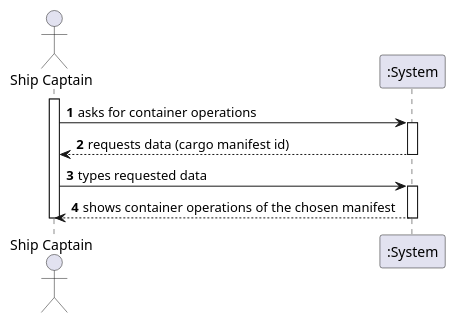
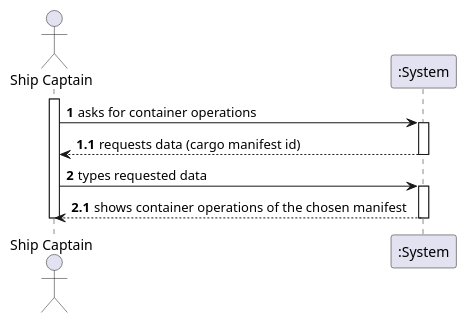
Before and after one commit to 1190772/LAB-Project-3: the diagram in docs/Sprint 3/US/US304/US304_SSD.puml, drawn with PlantUML. The commit also changed 12 other files, not shown here.

```diff
--- a/docs/Sprint 3/US/US304/US304_SSD.puml
+++ b/docs/Sprint 3/US/US304/US304_SSD.puml
@@ -1,23 +1,29 @@
 @startuml
 'https://plantuml.com/sequence-diagram
 
 autonumber
 
 actor "Ship Captain" as SP
 
 activate SP
 SP -> ":System" : asks for container operations
 
+autonumber 1.1
+
 activate ":System"
 ":System" --> "SP" : requests data (cargo manifest id)
 deactivate ":System"
 
+autonumber 2
+
 SP -> ":System" : types requested data
+
+autonumber 2.1
 
 activate ":System"
 ":System" --> SP : shows container operations of the chosen manifest
 deactivate ":System"
 
 deactivate SP
 
 @enduml
```
